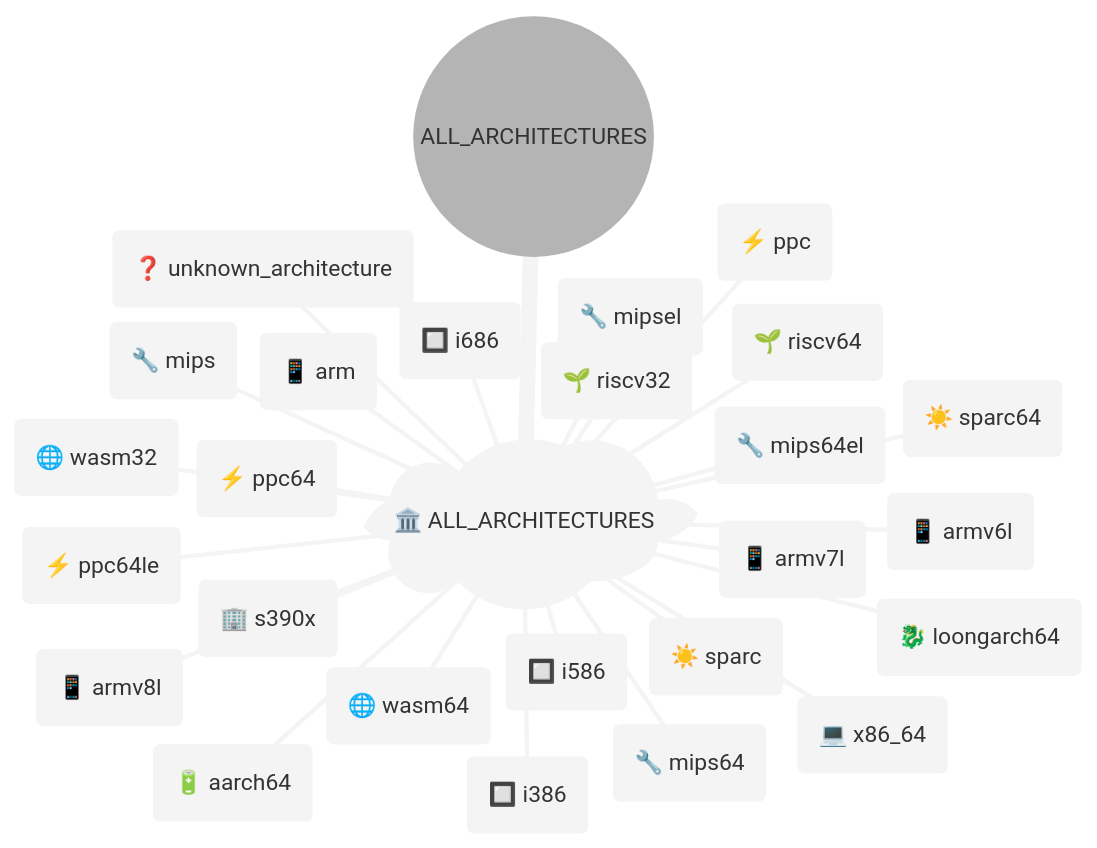
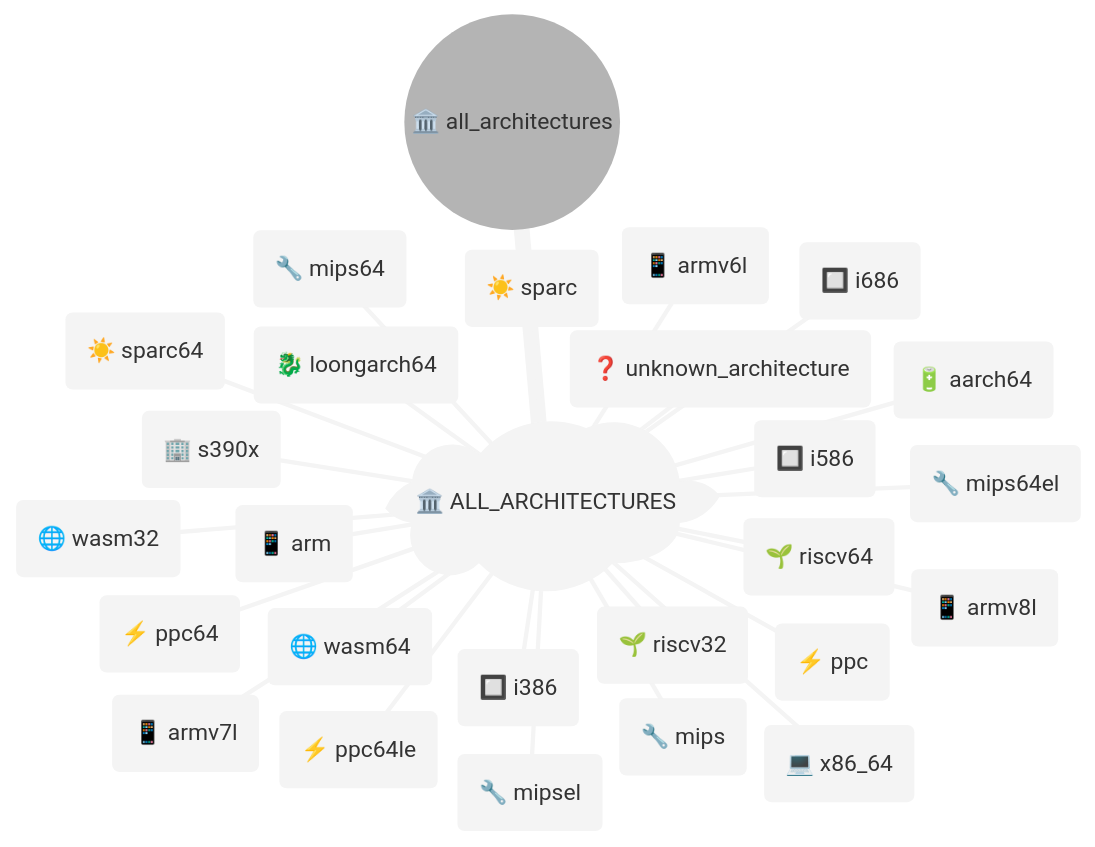
One commit to kdeldycke/extra-platforms changed the first of 3 diagrams in readme.md. Above: the diagram before and after it, drawn with Mermaid (neutral theme). The commit also changed other lines of this file and 2 other files, not shown here.

Commit message:
Document all platform groups

````diff
--- a/readme.md
+++ b/readme.md
@@ -153,33 +153,33 @@
 ```mermaid
 ---
 config: {"mindmap": {"padding": 5}}
 ---
 mindmap
-    ((ALL_ARCHITECTURES))
+    ((🏛️ all_architectures))
         )🏛️ ALL_ARCHITECTURES(
             (🔋 aarch64)
             (📱 arm)
             (📱 armv6l)
             (📱 armv7l)
             (📱 armv8l)
             (🔲 i386)
             (🔲 i586)
             (🔲 i686)
             (🐉 loongarch64)
             (🔧 mips)
             (🔧 mips64)
             (🔧 mips64el)
             (🔧 mipsel)
             (⚡ ppc)
             (⚡ ppc64)
             (⚡ ppc64le)
             (🌱 riscv32)
             (🌱 riscv64)
             (🏢 s390x)
             (☀️ sparc)
             (☀️ sparc64)
             (❓ unknown_architecture)
             (🌐 wasm32)
             (🌐 wasm64)
             (💻 x86_64)
 ```
````
